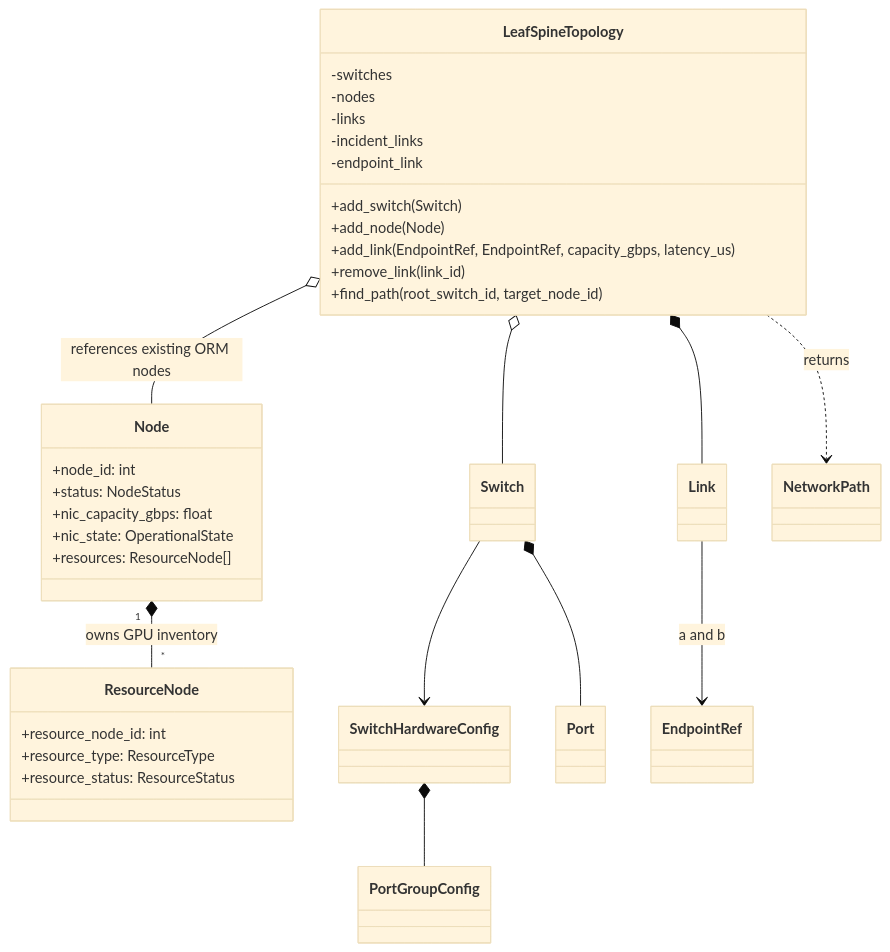
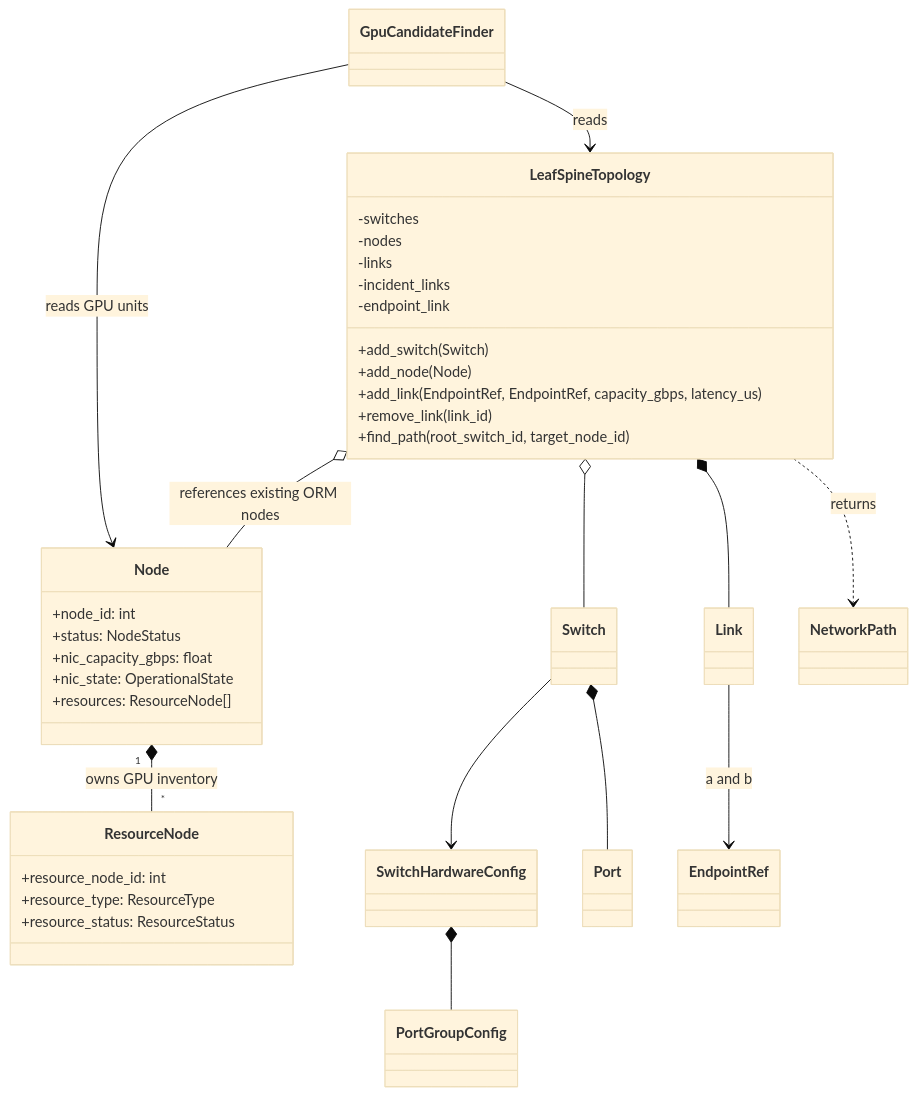
One commit to labo-man002/job-scheduler changed the diagram in docs/gpu-leaf-spine.md. Above: the diagram before and after it, drawn with Mermaid (base theme). The commit also changed other lines of this file and 24 other files, not shown here.

Commit message:
Revert "Unify topology-aware placement and integrate Leaf-Spine"

````diff
--- a/docs/gpu-leaf-spine.md
+++ b/docs/gpu-leaf-spine.md
@@ -20,43 +17,46 @@
 ```mermaid
 classDiagram
   class LeafSpineTopology {
     -switches
     -nodes
     -links
     -incident_links
     -endpoint_link
     +add_switch(Switch)
     +add_node(Node)
     +add_link(EndpointRef, EndpointRef, capacity_gbps, latency_us)
     +remove_link(link_id)
     +find_path(root_switch_id, target_node_id)
   }
   class Node {
     +node_id: int
     +status: NodeStatus
     +nic_capacity_gbps: float
     +nic_state: OperationalState
     +resources: ResourceNode[]
   }
   class ResourceNode {
     +resource_node_id: int
     +resource_type: ResourceType
     +resource_status: ResourceStatus
   }
   class SwitchHardwareConfig
   class PortGroupConfig
   class Switch
   class Port
   class Link
   class EndpointRef
   class NetworkPath
+  class GpuCandidateFinder
   SwitchHardwareConfig *-- PortGroupConfig
   Switch --> SwitchHardwareConfig
   Switch *-- Port
   LeafSpineTopology o-- Switch
   LeafSpineTopology o-- Node : references existing ORM nodes
   LeafSpineTopology *-- Link
   Node "1" *-- "*" ResourceNode : owns GPU inventory
   Link --> EndpointRef : a and b
+  GpuCandidateFinder --> LeafSpineTopology : reads
+  GpuCandidateFinder --> Node : reads GPU units
   LeafSpineTopology ..> NetworkPath : returns
 ```
````
